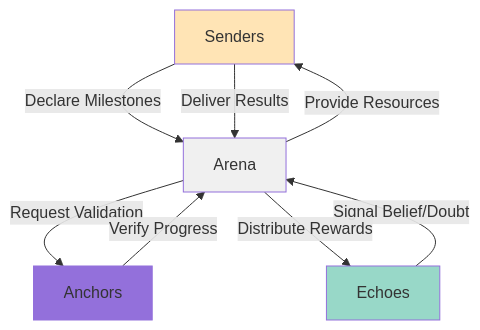
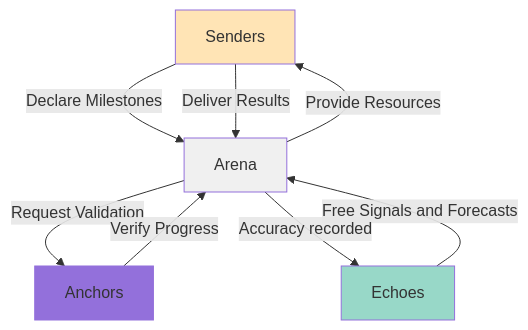
The first of 2 diagrams in docs/overview-guide/roles-overview.md (studio3-labs/studio3-docs), drawn with Mermaid before and after one commit. The commit also changed 3 other files, not shown here.

Commit message:
no-mistakes(review): Stop diagrams paying Echoes; restate settlement rule

````diff
--- a/docs/overview-guide/roles-overview.md
+++ b/docs/overview-guide/roles-overview.md
@@ -86,15 +86,15 @@
 ```mermaid
 graph TD
     S[Senders] -->|Declare Milestones| A[Arena]
-    E[Echoes] -->|Signal Belief/Doubt| A
+    E[Echoes] -->|Free Signals and Forecasts| A
     A -->|Request Validation| An[Anchors]
     An -->|Verify Progress| A
-    A -->|Distribute Rewards| E
+    A -->|Accuracy recorded| E
     A -->|Provide Resources| S
     S -->|Deliver Results| A
     
     style S fill: #FFE4B5
     style E fill: #98D8C8
     style An fill: #9370DB
     style A fill: #F0F0F0
 ```
````
